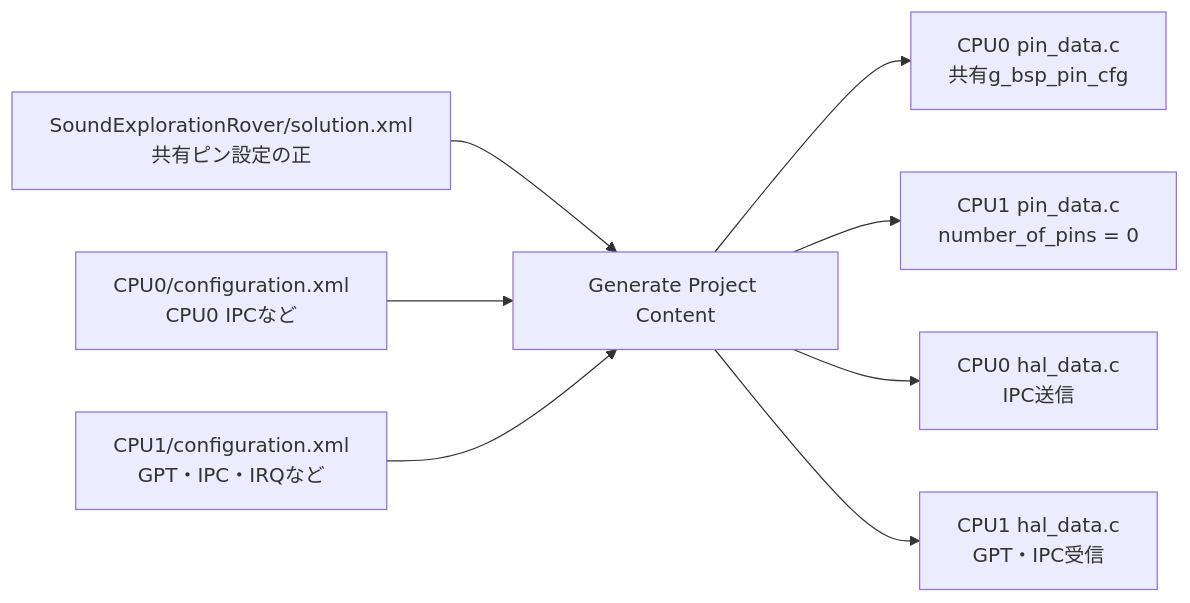
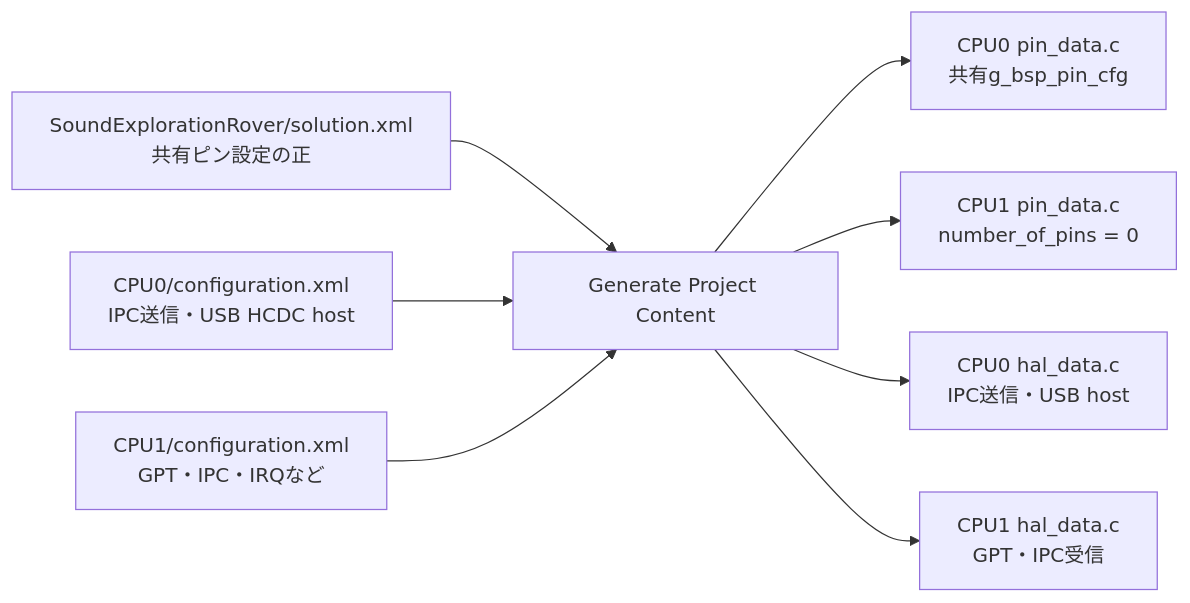
The sixth of 6 diagrams in docs/ra8p1/ARCHITECTURE.md (horned128/sound-exploration-rover), drawn with Mermaid before and after one commit. The commit also changed other lines of this file and 116 other files, not shown here.

````diff
--- a/docs/ra8p1/ARCHITECTURE.md
+++ b/docs/ra8p1/ARCHITECTURE.md
@@ -328,18 +362,18 @@
 ```mermaid
 flowchart LR
     SOL["SoundExplorationRover/solution.xml<br/>共有ピン設定の正"]
-    C0CFG["CPU0/configuration.xml<br/>CPU0 IPCなど"]
+    C0CFG["CPU0/configuration.xml<br/>IPC送信・USB HCDC host"]
     C1CFG["CPU1/configuration.xml<br/>GPT・IPC・IRQなど"]
     GEN["Generate Project Content"]
     C0PIN["CPU0 pin_data.c<br/>共有g_bsp_pin_cfg"]
     C1PIN["CPU1 pin_data.c<br/>number_of_pins = 0"]
-    C0HAL["CPU0 hal_data.c<br/>IPC送信"]
+    C0HAL["CPU0 hal_data.c<br/>IPC送信・USB host"]
     C1HAL["CPU1 hal_data.c<br/>GPT・IPC受信"]
     SOL --> GEN
     C0CFG --> GEN
     C1CFG --> GEN
     GEN --> C0PIN
     GEN --> C1PIN
     GEN --> C0HAL
     GEN --> C1HAL
 ```
````
